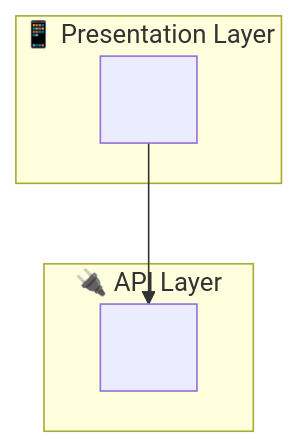
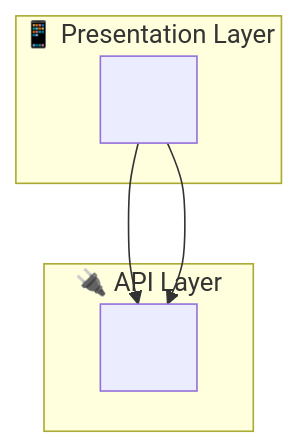
One commit to yairbederman/EngineeringAgency changed the third of 3 diagrams in system-architecture/_phase-6-interactive-viewer.md. Above: the diagram before and after it, drawn with Mermaid. The commit also changed other lines of this file and 1 other file, not shown here.

Commit message:
Enhance architecture viewer template with drill-down links and regex fix

````diff
--- a/system-architecture/_phase-6-interactive-viewer.md
+++ b/system-architecture/_phase-6-interactive-viewer.md
@@ -383,15 +379,18 @@
 ```mermaid
 graph TB
     subgraph Presentation["📱 Presentation Layer"]
         CLIENT["<frontend-project><br/><frontend description>"]
     end
     
     subgraph API["🔌 API Layer"]
         BACKEND["<backend-project><br/><backend description>"]
     end
     
     CLIENT --> BACKEND
     
-    click CLIENT call navigateTo("<frontend-project>")
-    click BACKEND call navigateTo("<backend-project>")
+    CLIENT --> BACKEND
+    
+    %% No click callbacks needed here.
+    %% They are defined in the `links` object:
+    %% links: { "CLIENT": "<frontend-project>", "BACKEND": "<backend-project>" }
 ```
````
